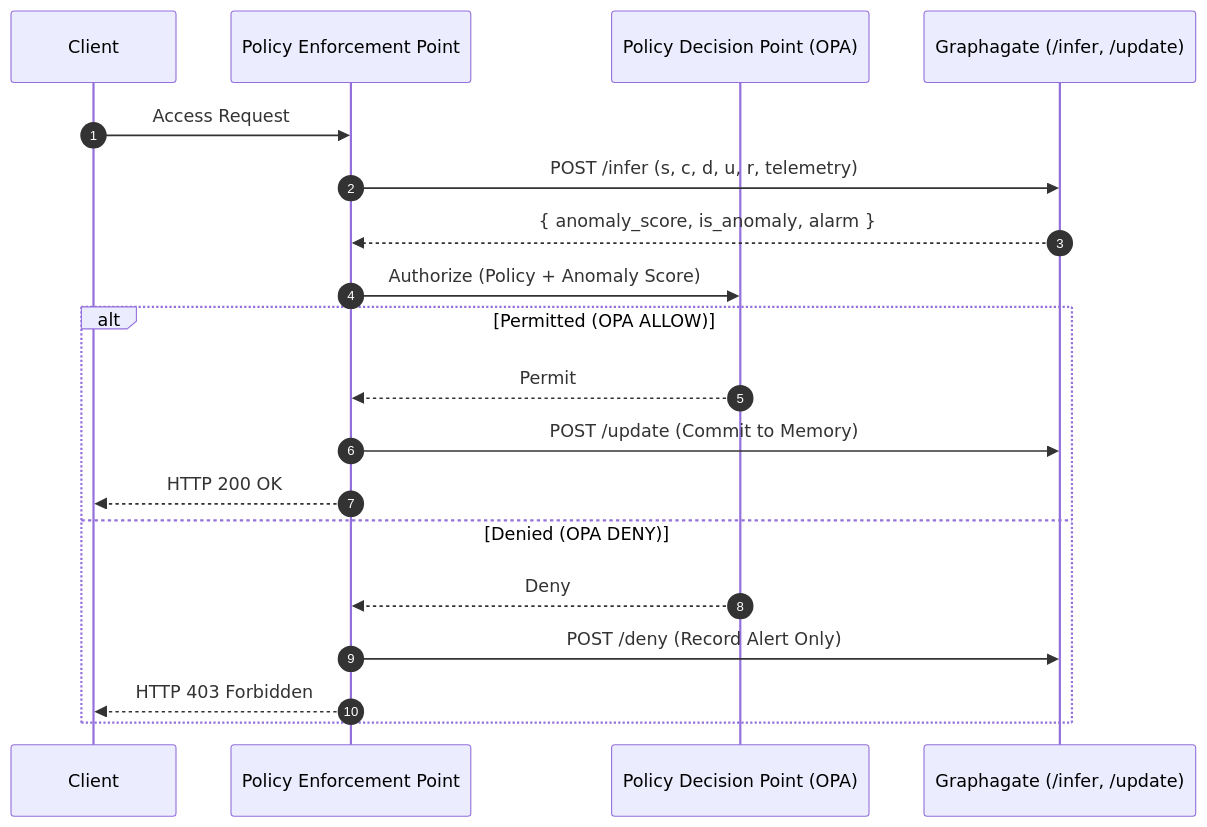
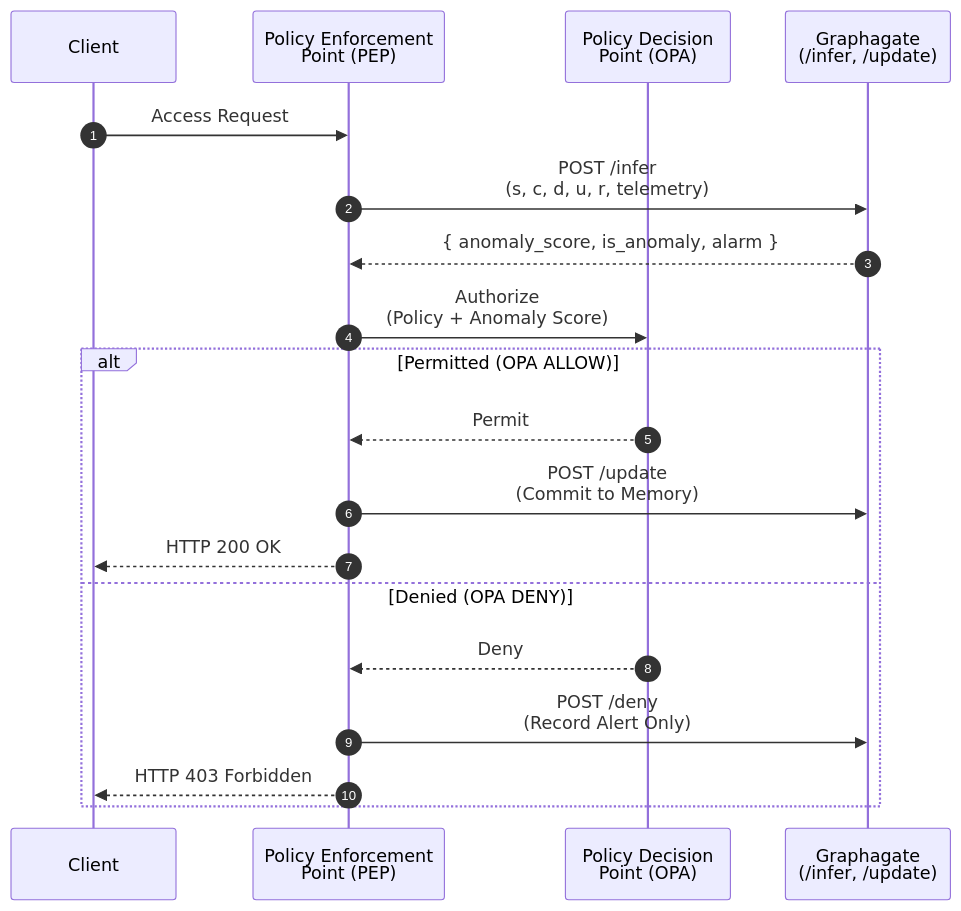
Before and after one commit to DDoS-Fury/Papergate: the third of 3 diagrams in README.md, drawn with Mermaid. The commit also changed other lines of this file and 9 other files, not shown here.

````diff
--- a/README.md
+++ b/README.md
@@ -163,22 +167,22 @@
 ```mermaid
 sequenceDiagram
     autonumber
     participant Client as Client
-    participant PEP as Policy Enforcement Point
-    participant PDP as Policy Decision Point (OPA)
-    participant TGN as Graphagate (/infer, /update)
+    participant PEP as Policy Enforcement<br/>Point (PEP)
+    participant PDP as Policy Decision<br/>Point (OPA)
+    participant TGN as Graphagate<br/>(/infer, /update)
 
     Client->>PEP: Access Request
-    PEP->>TGN: POST /infer (s, c, d, u, r, telemetry)
+    PEP->>TGN: POST /infer<br/>(s, c, d, u, r, telemetry)
     TGN-->>PEP: { anomaly_score, is_anomaly, alarm }
-    PEP->>PDP: Authorize (Policy + Anomaly Score)
+    PEP->>PDP: Authorize<br/>(Policy + Anomaly Score)
     alt Permitted (OPA ALLOW)
         PDP-->>PEP: Permit
-        PEP->>TGN: POST /update (Commit to Memory)
+        PEP->>TGN: POST /update<br/>(Commit to Memory)
         PEP-->>Client: HTTP 200 OK
     else Denied (OPA DENY)
         PDP-->>PEP: Deny
-        PEP->>TGN: POST /deny (Record Alert Only)
+        PEP->>TGN: POST /deny<br/>(Record Alert Only)
         PEP-->>Client: HTTP 403 Forbidden
     end
 ```
````
